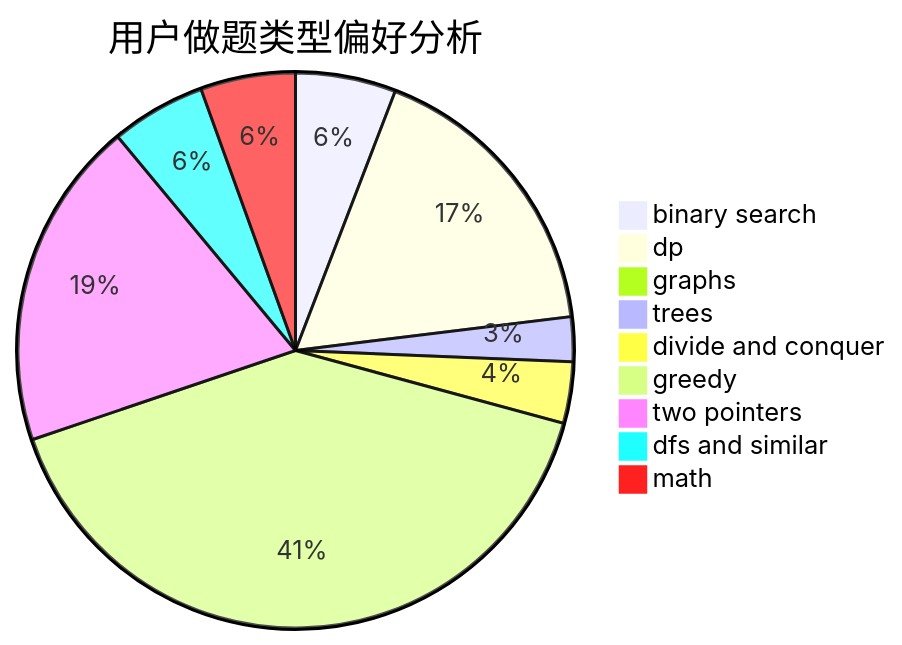
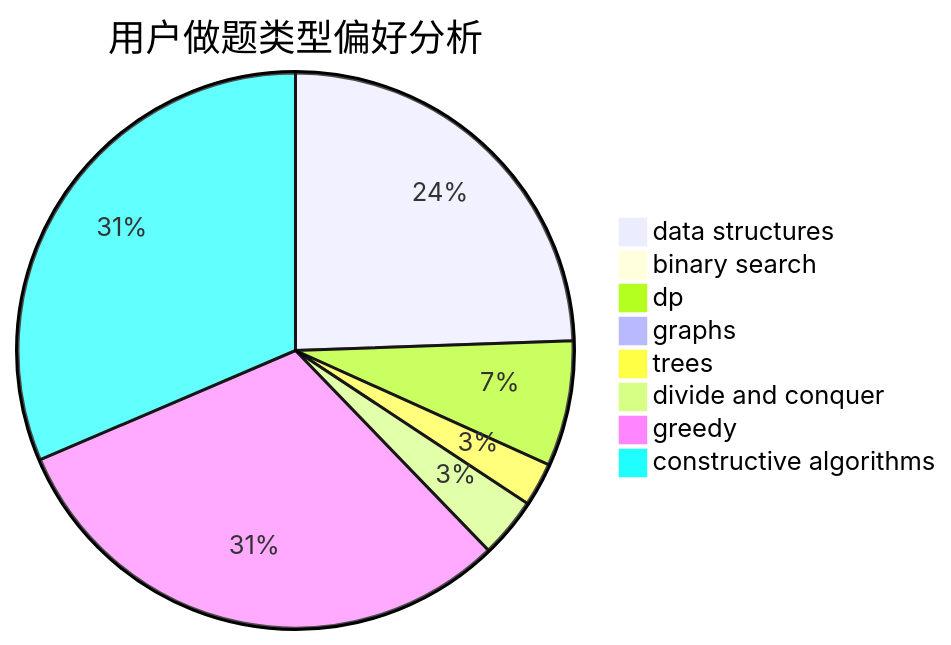
One commit to sherpahu/cfrs.github.io changed the second of 3 diagrams in docs/user/u1600.md. Above: the diagram before and after it, drawn with Mermaid. The commit also changed other lines of this file and 2775 other files, not shown here.

````diff
--- a/docs/user/u1600.md
+++ b/docs/user/u1600.md
@@ -23,12 +23,11 @@
 ```mermaid
 pie title 用户做题类型偏好分析
-    "binary search" :  18
-    "dp" :  53
+    "data structures" :  77
+    "binary search" :  1
+    "dp" :  23
     "graphs" :  0
     "trees" :  8
     "divide and conquer" :  11
-    "greedy" :  125
-    "two pointers" :  59
-    "dfs and similar" :  17
-    "math" :  17
+    "greedy" :  97
+    "constructive algorithms" :  99
 ```
````
